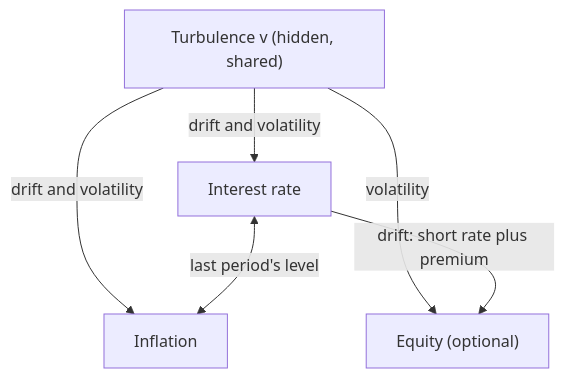
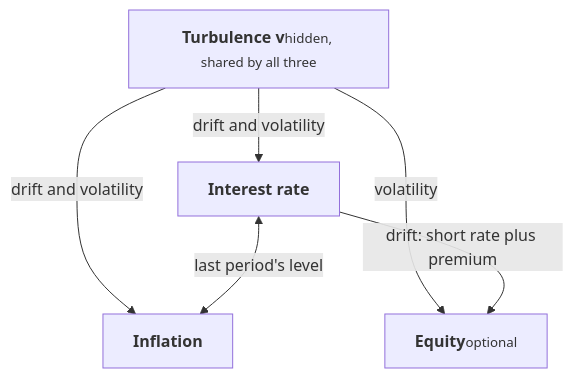
Before and after one commit to JerBouma/jerbouma.github.io: the diagram in _pages/financescenarios/documentation/knw.md, drawn with Mermaid. The commit also changed 6 other files, not shown here.

First line of the commit message:
Diagrams that match the site: card-style nodes, sequence diagrams for step flows (#145)

```diff
--- a/_pages/financescenarios/documentation/knw.md
+++ b/_pages/financescenarios/documentation/knw.md
@@ -51,12 +51,13 @@
 <div class="mermaid">
 flowchart TD
-    v["Turbulence v (hidden, shared)"]
-    r[Interest rate]
-    pi[Inflation]
-    eq["Equity (optional)"]
-    v -->|"drift and volatility"| r
-    v -->|"drift and volatility"| pi
+    v["<b>Turbulence v</b><small>hidden, shared by all three</small>"]
+    r["<b>Interest rate</b>"]
+    pi["<b>Inflation</b>"]
+    eq["<b>Equity</b><small>optional</small>"]
+    v -->|drift and volatility| r
+    v -->|drift and volatility| pi
     v -->|volatility| eq
-    r <-->|"last period's level"| pi
-    r -->|"drift: short rate plus premium"| eq
+    r <-->|last period's level| pi
+    r -->|drift: short rate plus premium| eq
+    class v accent
 </div>
```
